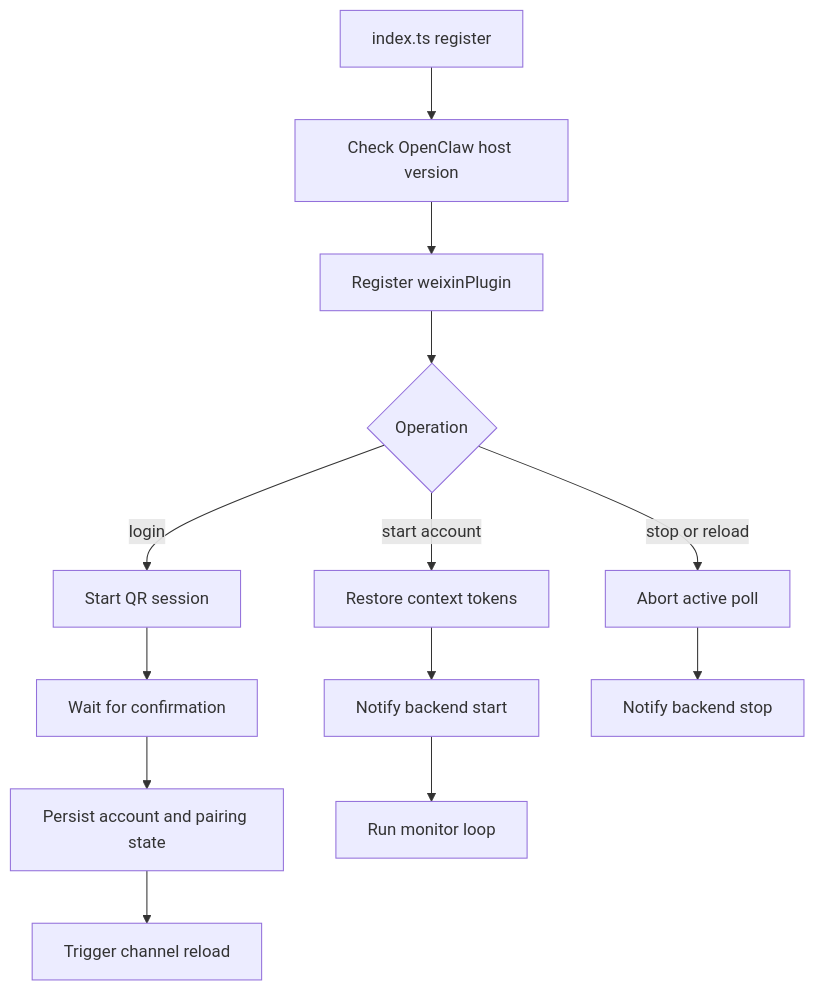
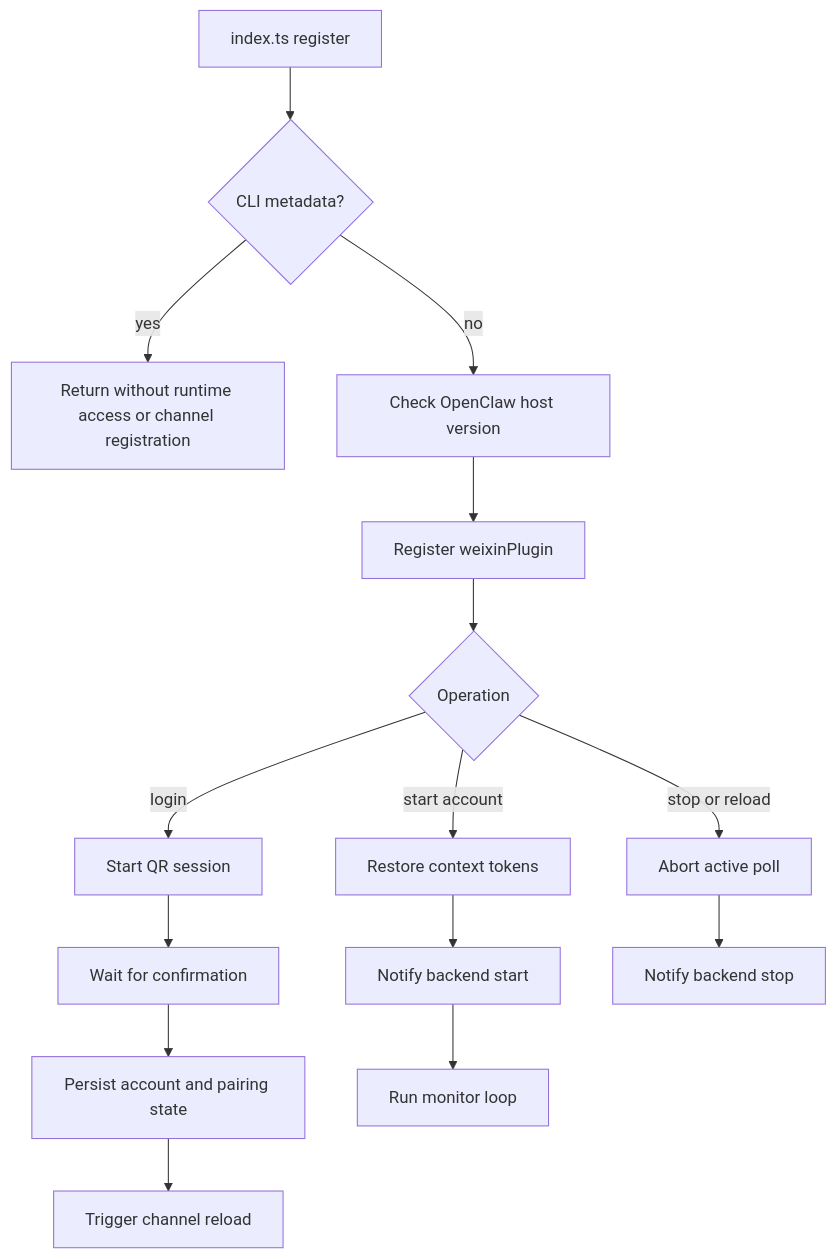
One commit to NewFuture/openclaw-weixin changed the first of 3 diagrams in docs/en/architecture.md. Above: the diagram before and after it, drawn with Mermaid. The commit also changed other lines of this file and 7 other files, not shown here.

Commit message:
fix: skip runtime registration during CLI metadata collection (#144)

````diff
--- a/docs/en/architecture.md
+++ b/docs/en/architecture.md
@@ -30,15 +30,17 @@
 ```mermaid
 flowchart TD
-  A[index.ts register] --> B[Check OpenClaw host version]
+  A[index.ts register] --> N{CLI metadata?}
+  N -->|yes| O[Return without runtime access or channel registration]
+  N -->|no| B[Check OpenClaw host version]
   B --> C[Register weixinPlugin]
   C --> D{Operation}
   D -->|login| E[Start QR session]
   E --> F[Wait for confirmation]
   F --> G[Persist account and pairing state]
   G --> H[Trigger channel reload]
   D -->|start account| I[Restore context tokens]
   I --> J[Notify backend start]
   J --> K[Run monitor loop]
   D -->|stop or reload| L[Abort active poll]
   L --> M[Notify backend stop]
 ```
````
